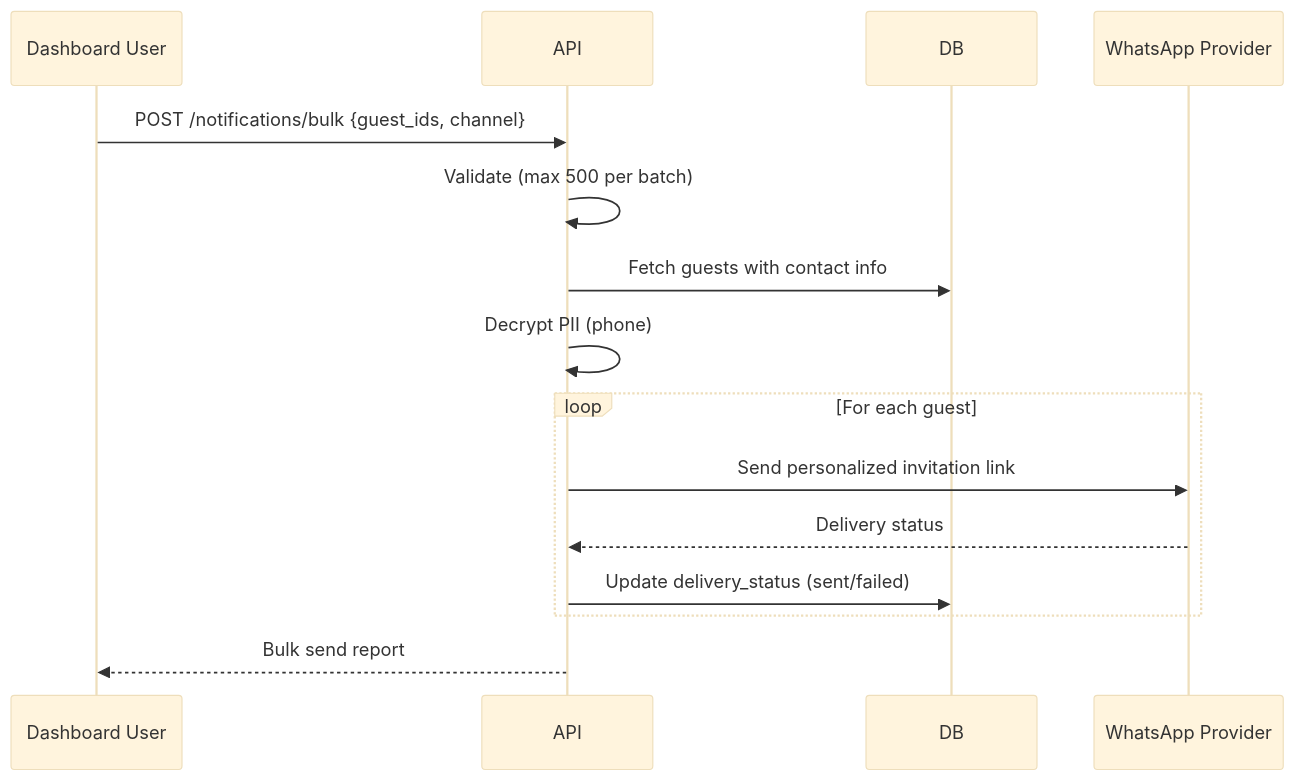
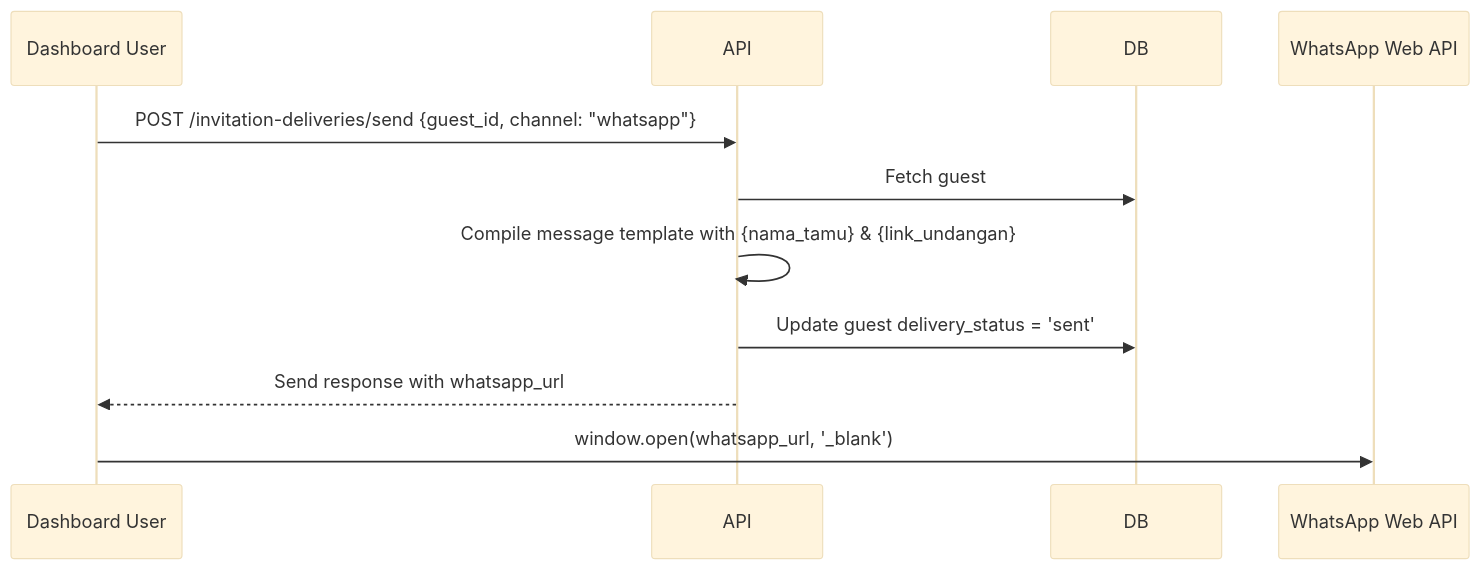
Before and after one commit to maru-story/wedding-ecosystem: the ninth of 12 diagrams in .agents/summary/workflows.md, drawn with Mermaid (base theme). The commit also changed other lines of this file and 212 other files, not shown here.

Commit message:
feat: implement invitation delivery service, check-in enhancements, and expanded CMS management features with robust E2E testing.

````diff
--- a/.agents/summary/workflows.md
+++ b/.agents/summary/workflows.md
@@ -204,20 +205,14 @@
 ```mermaid
 sequenceDiagram
     participant Client as Dashboard User
     participant API
     participant DB
-    participant WA as WhatsApp Provider
+    participant WA as WhatsApp Web API
 
-    Client->>API: POST /notifications/bulk {guest_ids, channel}
-    API->>API: Validate (max 500 per batch)
-    API->>DB: Fetch guests with contact info
-    API->>API: Decrypt PII (phone)
-
-    loop For each guest
-        API->>WA: Send personalized invitation link
-        WA-->>API: Delivery status
-        API->>DB: Update delivery_status (sent/failed)
-    end
-
-    API-->>Client: Bulk send report
+    Client->>API: POST /invitation-deliveries/send {guest_id, channel: "whatsapp"}
+    API->>DB: Fetch guest
+    API->>API: Compile message template with {nama_tamu} & {link_undangan}
+    API->>DB: Update guest delivery_status = 'sent'
+    API-->>Client: Send response with whatsapp_url
+    Client->>WA: window.open(whatsapp_url, '_blank')
 ```
````
